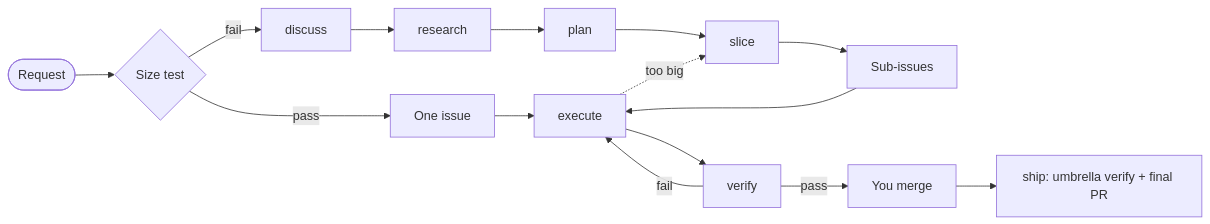
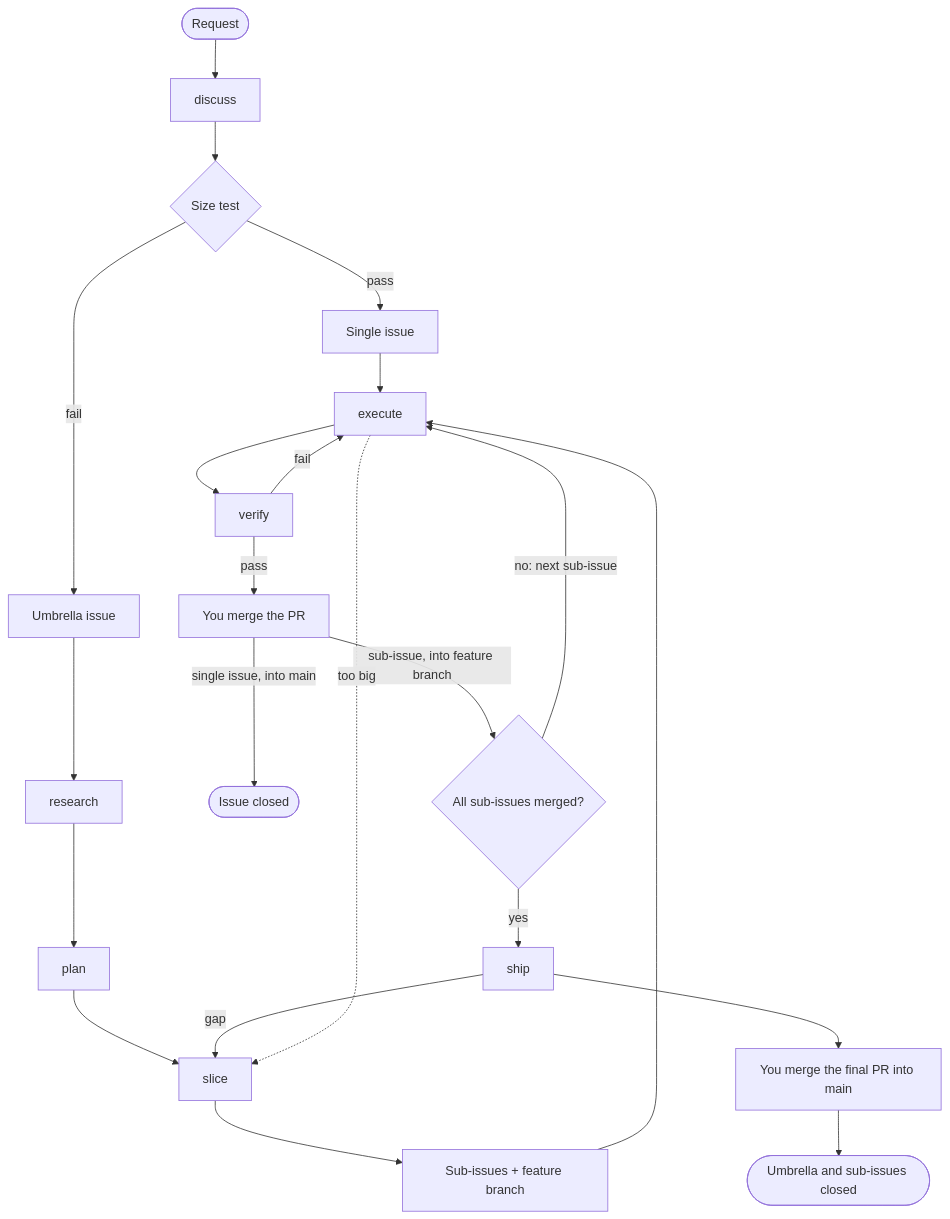
The diagram in docs/engineering-plugin/process.md (cstalhem/cargus-forge), drawn with Mermaid before and after one commit. The commit also changed other lines of this file, not shown here.

````diff
--- a/docs/engineering-plugin/process.md
+++ b/docs/engineering-plugin/process.md
@@ -23,14 +24,21 @@
 ```mermaid
-flowchart LR
-  R([Request]) --> T{Size test}
-  T -- pass --> I[One issue]
-  T -- fail --> D[discuss] --> RS[research] --> P[plan] --> S[slice]
-  S --> SI[Sub-issues]
+flowchart TD
+  R([Request]) --> D[discuss]
+  D --> T{Size test}
+  T -- pass --> I[Single issue]
+  T -- fail --> U[Umbrella issue] --> RS[research] --> P[plan] --> S[slice]
+  S --> SI[Sub-issues + feature branch]
   I --> E[execute]
   SI --> E
   E --> V[verify]
   V -- fail --> E
-  V -- pass --> M[You merge]
-  M --> SH[ship: umbrella verify + final PR]
+  V -- pass --> M1[You merge the PR]
+  M1 -- single issue, into main --> C1([Issue closed])
+  M1 -- sub-issue, into feature branch --> Q{All sub-issues merged?}
+  Q -- no: next sub-issue --> E
+  Q -- yes --> SH[ship]
+  SH -- gap --> S
+  SH --> M2[You merge the final PR into main]
+  M2 --> C2([Umbrella and sub-issues closed])
   E -. too big .-> S
 ```
````
